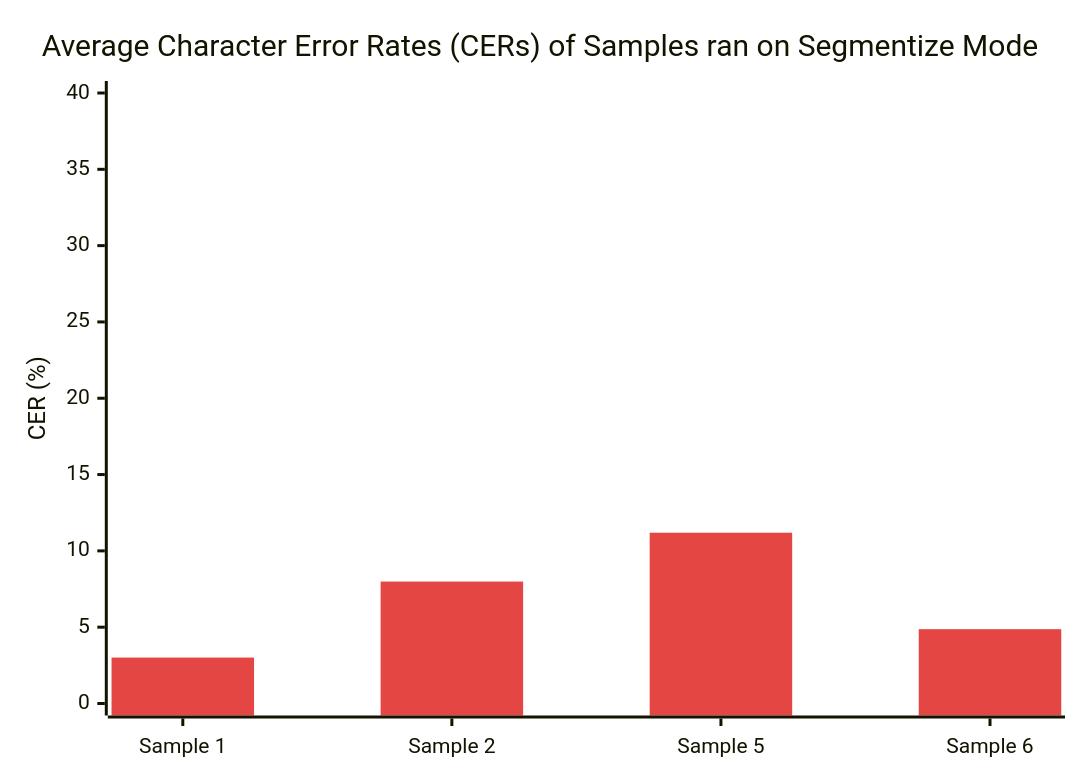
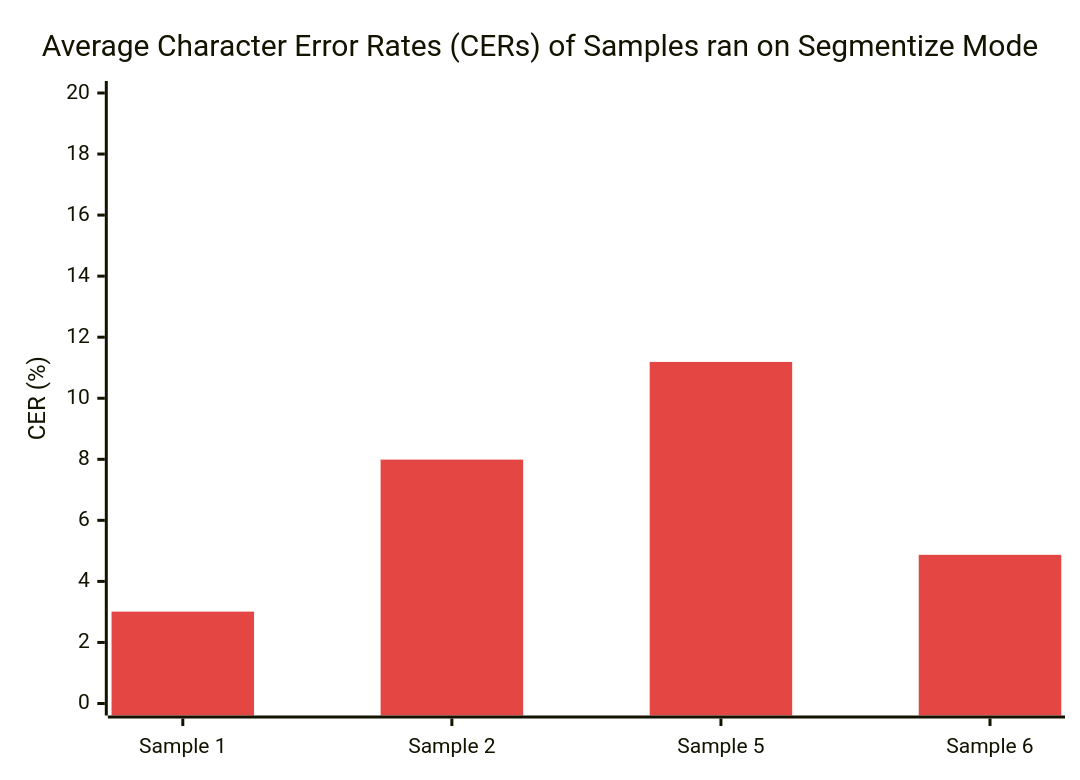
The second of 2 diagrams in docs/index.md (Sanjib-22/Rolling-Ticker-Text-Extraction), drawn with Mermaid before and after one commit.

Commit message:
Report updated

````diff
--- a/docs/index.md
+++ b/docs/index.md
@@ -265,8 +265,8 @@
 ```mermaid
 %%{init: { "themeVariables": { "xyChart": { "plotColorPalette": "#e44644" } } } }%%
 xychart-beta
     title "Average Character Error Rates (CERs) of Samples ran on Segmentize Mode"
     x-axis ["Sample 1", "Sample 2", "Sample 5", "Sample 6"]
-    y-axis "CER (%)" 0 --> 40
+    y-axis "CER (%)" 0 --> 20
     bar [3.01, 7.99, 11.19, 4.87]
 ```
````
